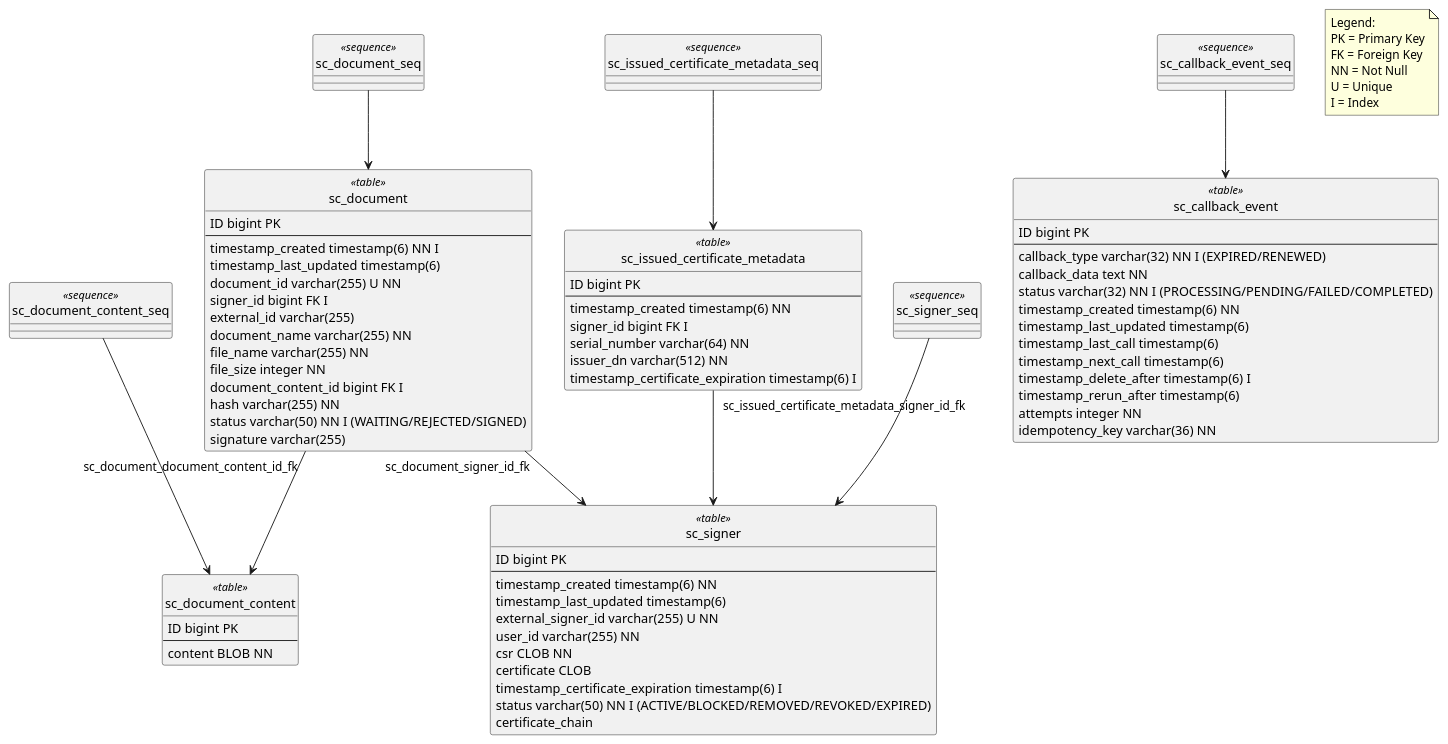
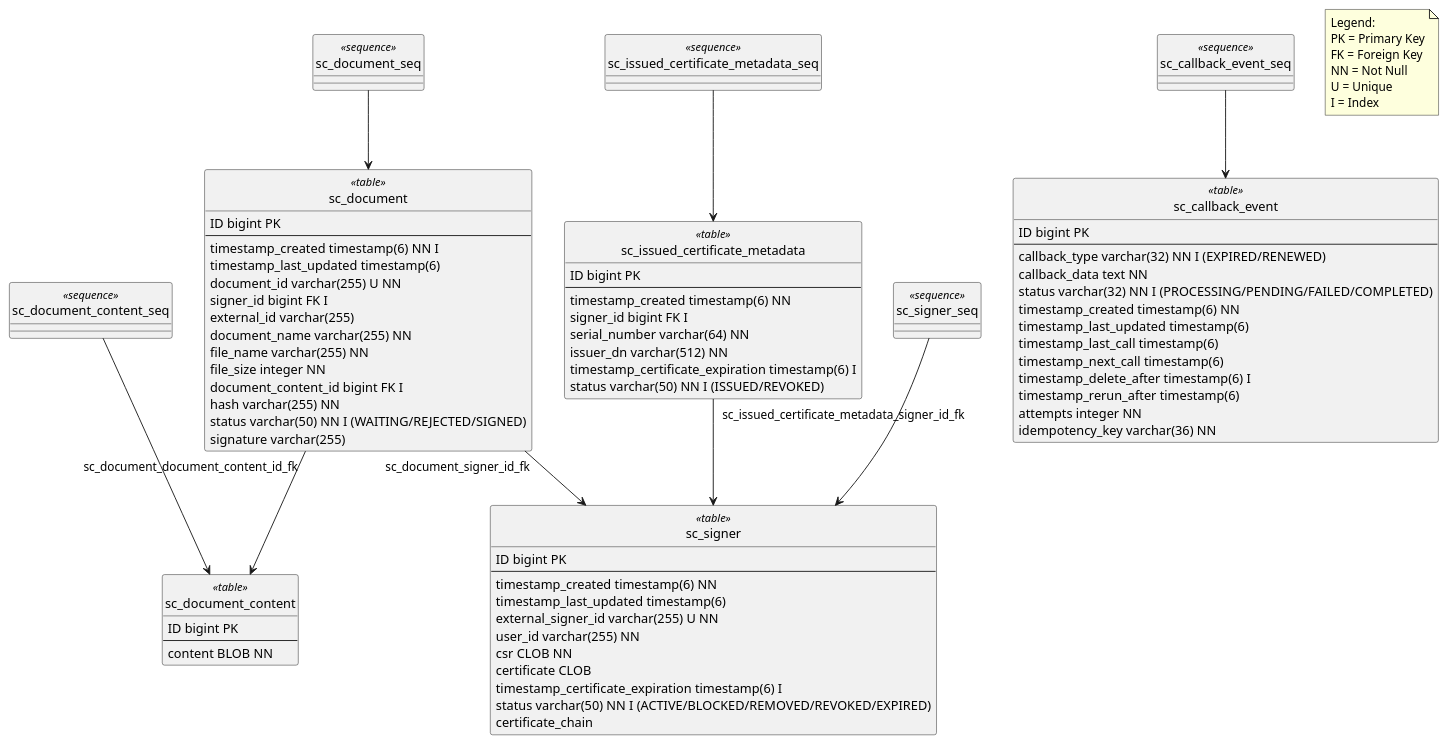
The diagram in docs-private/signer_cloud_server_database_schema.puml (wultra/signer-cloud), drawn with PlantUML before and after one commit. The commit also changed 1 other file, not shown here.

Commit message:
Add issued certificate status into DB changeset

```diff
--- a/docs-private/signer_cloud_server_database_schema.puml
+++ b/docs-private/signer_cloud_server_database_schema.puml
@@ -1,92 +1,93 @@
 @startuml
 hide circle
 
 class sc_signer <<table>>{
     ID bigint PK
     --
     timestamp_created timestamp(6) NN
     timestamp_last_updated timestamp(6)
     external_signer_id varchar(255) U NN
     user_id varchar(255) NN
     csr CLOB NN
     certificate CLOB
     timestamp_certificate_expiration timestamp(6) I
     status varchar(50) NN I (ACTIVE/BLOCKED/REMOVED/REVOKED/EXPIRED)
     certificate_chain
 }
 
 class sc_document <<table>> {
     ID bigint PK
     --
     timestamp_created timestamp(6) NN I
     timestamp_last_updated timestamp(6)
     document_id varchar(255) U NN
     signer_id bigint FK I
     external_id varchar(255)
     document_name varchar(255) NN
     file_name varchar(255) NN
     file_size integer NN
     document_content_id bigint FK I
     hash varchar(255) NN
     status varchar(50) NN I (WAITING/REJECTED/SIGNED)
     signature varchar(255)
 }
 
 class sc_document_content <<table>>{
     ID bigint PK
     --
     content BLOB NN
 }
 
 class sc_callback_event <<table>> {
     ID bigint PK
     --
     callback_type varchar(32) NN I (EXPIRED/RENEWED)
     callback_data text NN
     status varchar(32) NN I (PROCESSING/PENDING/FAILED/COMPLETED)
     timestamp_created timestamp(6) NN
     timestamp_last_updated timestamp(6)
     timestamp_last_call timestamp(6)
     timestamp_next_call timestamp(6)
     timestamp_delete_after timestamp(6) I
     timestamp_rerun_after timestamp(6)
     attempts integer NN
     idempotency_key varchar(36) NN
 }
 
 class sc_issued_certificate_metadata <<table>> {
     ID bigint PK
     --
     timestamp_created timestamp(6) NN
     signer_id bigint FK I
     serial_number varchar(64) NN
     issuer_dn varchar(512) NN
     timestamp_certificate_expiration timestamp(6) I
+    status varchar(50) NN I (ISSUED/REVOKED)
 }
 
 class sc_signer_seq <<sequence>>
 class sc_document_seq <<sequence>>
 class sc_document_content_seq <<sequence>>
 class sc_callback_event_seq <<sequence>>
 class sc_issued_certificate_metadata_seq <<sequence>>
 
 sc_signer_seq --> sc_signer
 sc_document_seq --> sc_document
 sc_document_content_seq --> sc_document_content
 sc_callback_event_seq --> sc_callback_event
 sc_issued_certificate_metadata_seq --> sc_issued_certificate_metadata
 
 sc_document "sc_document_signer_id_fk" --> sc_signer
 sc_document "sc_document_document_content_id_fk" --> sc_document_content
 sc_issued_certificate_metadata "sc_issued_certificate_metadata_signer_id_fk" --> sc_signer
 
 note as note1
 Legend:
 PK = Primary Key
 FK = Foreign Key
 NN = Not Null
 U = Unique
 I = Index
 end note
 
 @enduml
```
